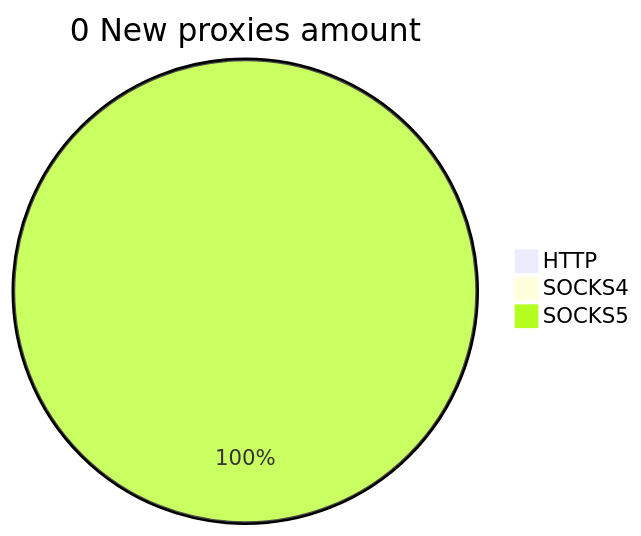
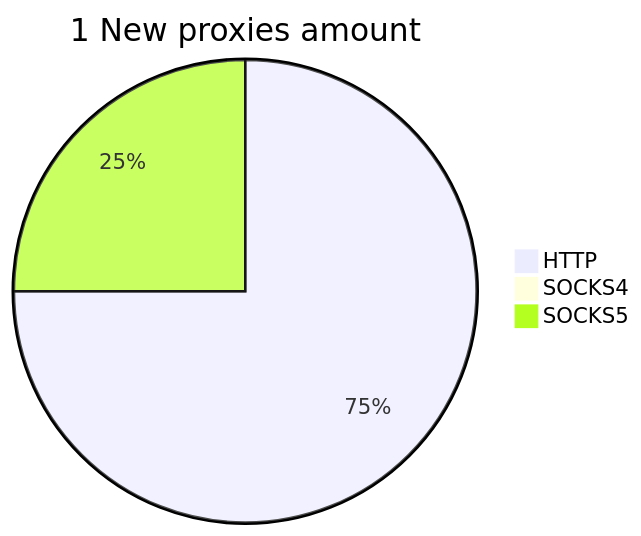
One commit to cutipu/proxylist changed the second of 2 diagrams in README.md. Above: the diagram before and after it, drawn with Mermaid. The commit also changed other lines of this file, not shown here.

````diff
--- a/README.md
+++ b/README.md
@@ -10,6 +10,6 @@
 ```mermaid
-pie title 0 New proxies amount
-    "HTTP" : 0
+pie title 1 New proxies amount
+    "HTTP" : 3
     "SOCKS4" : 0
-    "SOCKS5" : 4
+    "SOCKS5" : 1
 ```
````
